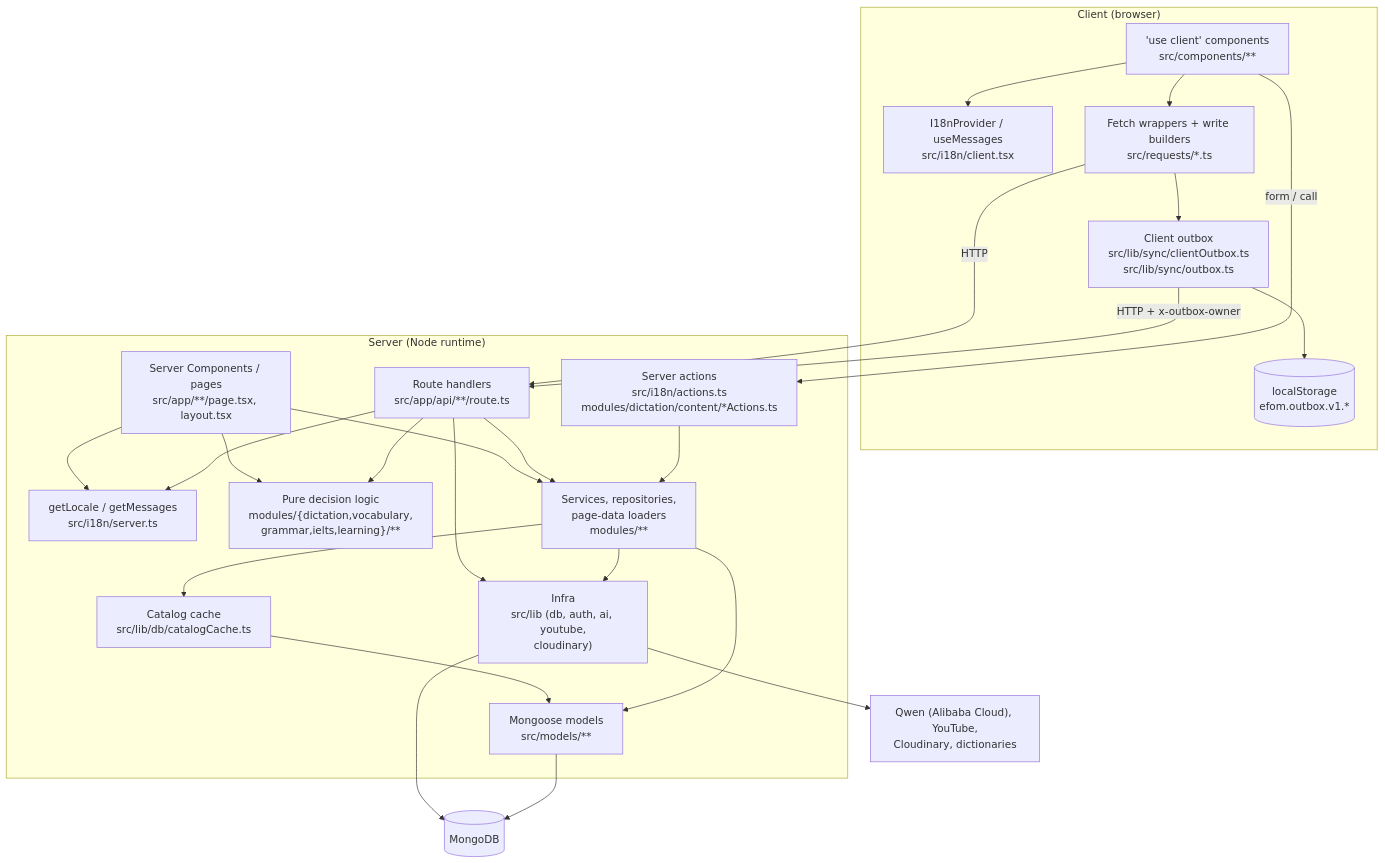
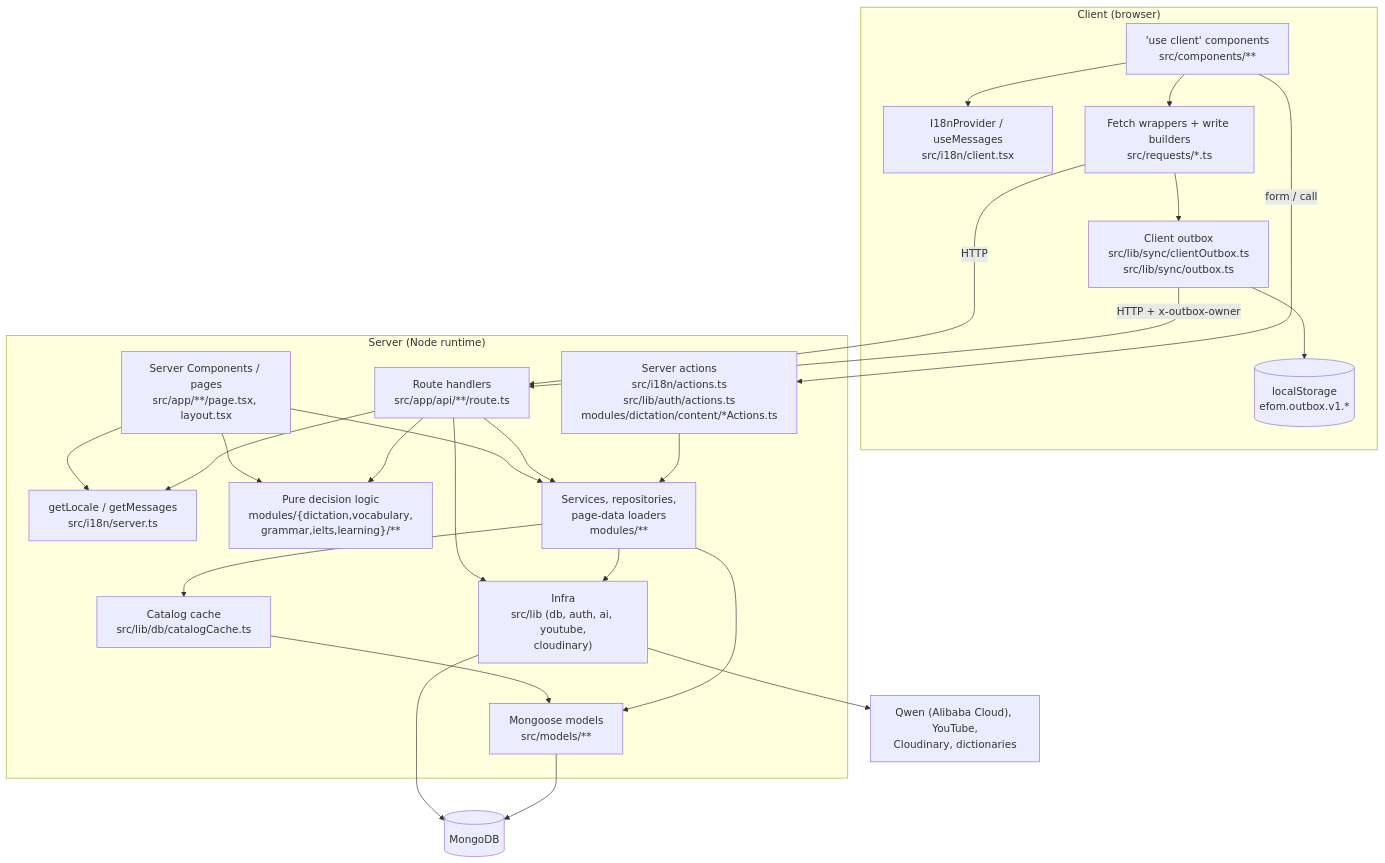
One commit to NaKMiers/English_For_Only_Me changed the first of 4 diagrams in docs/02-architecture.md. Above: the diagram before and after it, drawn with Mermaid. The commit also changed other lines of this file and 7 other files, not shown here.

````diff
--- a/docs/02-architecture.md
+++ b/docs/02-architecture.md
@@ -114,46 +115,46 @@
 ```mermaid
 flowchart TD
   subgraph client["Client (browser)"]
     CC["'use client' components<br/>src/components/**"]
     I18C["I18nProvider / useMessages<br/>src/i18n/client.tsx"]
     REQ["Fetch wrappers + write builders<br/>src/requests/*.ts"]
     OBX["Client outbox<br/>src/lib/sync/clientOutbox.ts<br/>src/lib/sync/outbox.ts"]
     LS[("localStorage<br/>efom.outbox.v1.*")]
   end
   subgraph server["Server (Node runtime)"]
     PAGE["Server Components / pages<br/>src/app/**/page.tsx, layout.tsx"]
-    ACT["Server actions<br/>src/i18n/actions.ts<br/>modules/dictation/content/*Actions.ts"]
+    ACT["Server actions<br/>src/i18n/actions.ts<br/>src/lib/auth/actions.ts<br/>modules/dictation/content/*Actions.ts"]
     ROUTE["Route handlers<br/>src/app/api/**/route.ts"]
     I18S["getLocale / getMessages<br/>src/i18n/server.ts"]
     DEC["Pure decision logic<br/>modules/{dictation,vocabulary,<br/>grammar,ielts,learning}/**"]
     SVC["Services, repositories,<br/>page-data loaders<br/>modules/**"]
     CACHE["Catalog cache<br/>src/lib/db/catalogCache.ts"]
     LIB["Infra<br/>src/lib (db, auth, ai, youtube,<br/>cloudinary)"]
     MODEL["Mongoose models<br/>src/models/**"]
   end
   DB[("MongoDB")]
   EXT["Qwen (Alibaba Cloud), YouTube,<br/>Cloudinary, dictionaries"]
 
   CC --> I18C
   CC --> REQ
   REQ --> OBX
   OBX --> LS
   REQ -->|HTTP| ROUTE
   OBX -->|HTTP + x-outbox-owner| ROUTE
   CC -->|form / call| ACT
   PAGE --> I18S
   PAGE --> SVC
   PAGE --> DEC
   ROUTE --> I18S
   ROUTE --> DEC
   ROUTE --> SVC
   ROUTE --> LIB
   ACT --> SVC
   SVC --> CACHE
   CACHE --> MODEL
   SVC --> MODEL
   SVC --> LIB
   LIB --> EXT
   LIB --> DB
   MODEL --> DB
 ```
````
